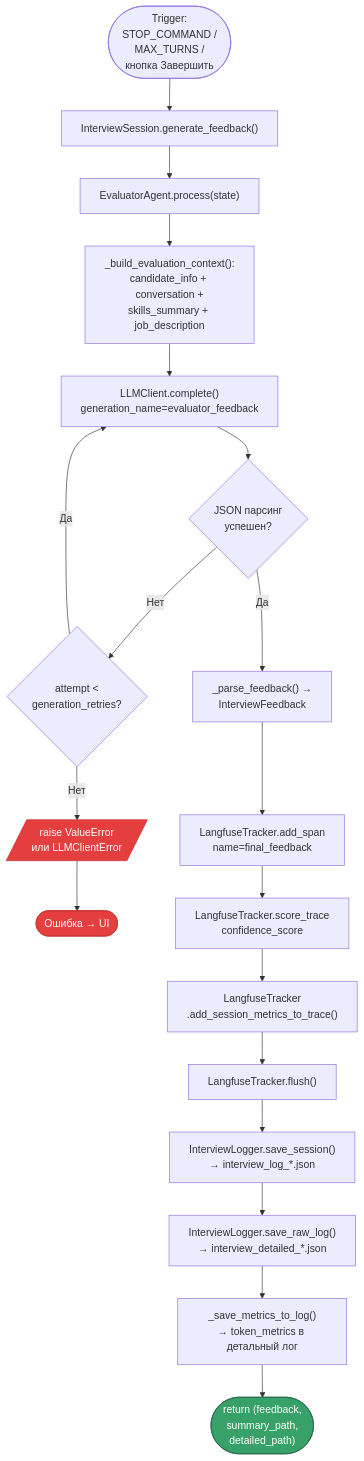
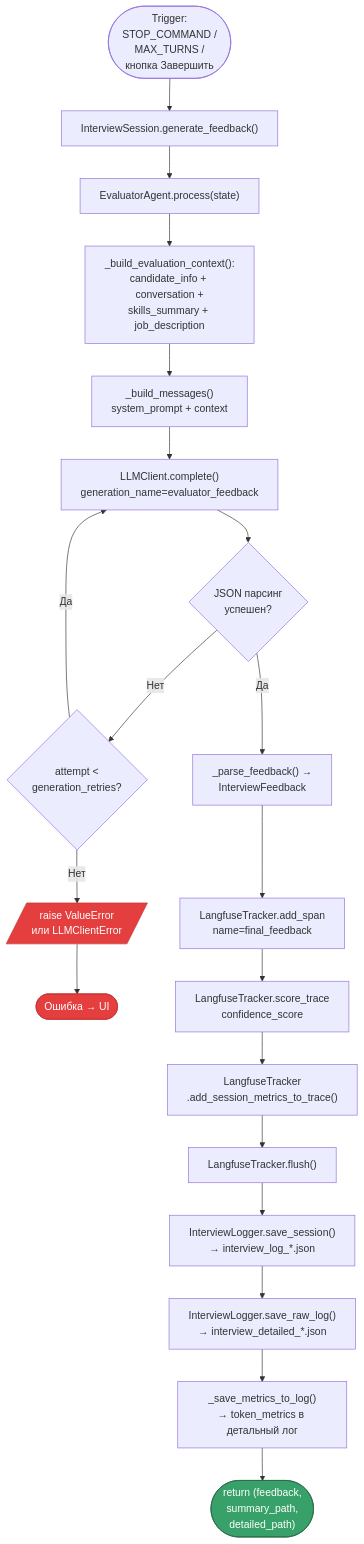
The second of 8 diagrams in docs/diagrams/workflow.md (RomiconEZ/Multi-Agent-Interview-Coach), drawn with Mermaid before and after one commit. The commit also changed other lines of this file, not shown here.

Commit message:
Update workflow diagram: clarify response handling and agent interactions, enhance readability

````diff
--- a/docs/diagrams/workflow.md
+++ b/docs/diagrams/workflow.md
@@ -86,27 +86,28 @@
 ```mermaid
 flowchart TD
     START([Trigger:<br/>STOP_COMMAND /<br/>MAX_TURNS /<br/>кнопка Завершить]) --> A["InterviewSession.generate_feedback()"]
 
     A --> B["EvaluatorAgent.process(state)"]
     B --> B1["_build_evaluation_context():<br/>candidate_info + conversation +<br/>skills_summary + job_description"]
-    B1 --> B2["LLMClient.complete()<br/>generation_name=evaluator_feedback"]
+    B1 --> B1a["_build_messages()<br/>system_prompt + context"]
+    B1a --> B2["LLMClient.complete()<br/>generation_name=evaluator_feedback"]
     B2 --> B3{JSON парсинг<br/>успешен?}
     B3 -->|Нет| B4{"attempt &lt;<br/>generation_retries?"}
     B4 -->|Да| B2
     B4 -->|Нет| B5[/"raise ValueError<br/>или LLMClientError"/]
     B5 --> ERR([Ошибка → UI])
 
     B3 -->|Да| C["_parse_feedback() →<br/>InterviewFeedback"]
     C --> D["LangfuseTracker.add_span<br/>name=final_feedback"]
     D --> E["LangfuseTracker.score_trace<br/>confidence_score"]
     E --> F["LangfuseTracker<br/>.add_session_metrics_to_trace()"]
     F --> G["LangfuseTracker.flush()"]
     G --> H["InterviewLogger.save_session()<br/>→ interview_log_*.json"]
     H --> I["InterviewLogger.save_raw_log()<br/>→ interview_detailed_*.json"]
     I --> J["_save_metrics_to_log()<br/>→ token_metrics в детальный лог"]
     J --> K(["return (feedback,<br/>summary_path,<br/>detailed_path)"])
 
     style B5 fill:#e53e3e,stroke:#c53030,color:#fff
     style ERR fill:#e53e3e,stroke:#c53030,color:#fff
     style K fill:#38a169,stroke:#276749,color:#fff
 ```
````
